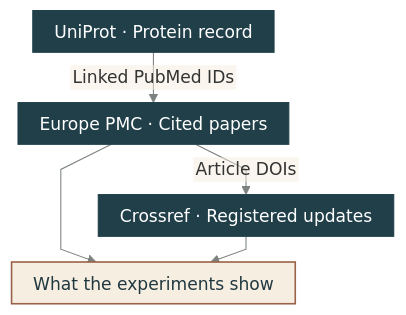
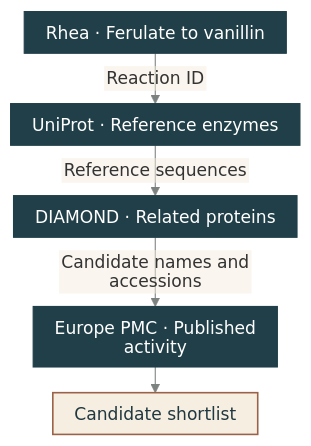
The diagram in README.md (BioSymphony/bioprospector), drawn with Mermaid before and after one commit. The commit also changed other lines of this file and 1 other file, not shown here.

Commit message:
Show enzyme discovery in a vanillin pathway

````diff
--- a/README.md
+++ b/README.md
@@ -41,14 +43,14 @@
 ```mermaid
 %%{init: {"theme":"base","htmlLabels":false,"themeVariables":{"fontFamily":"Arial, sans-serif","fontSize":"16px","lineColor":"#7C827F","edgeLabelBackground":"#F6EEE0","textColor":"#203840"},"flowchart":{"htmlLabels":false,"curve":"linear","rankSpacing":24,"padding":10,"wrappingWidth":244}}}%%
 flowchart TD
-    accTitle: Check whether an enzyme breaks down lactose
-    accDescr: Pass linked PubMed IDs from UniProt to Europe PMC. Pass article DOIs to Crossref to check registered updates. Report whether the cited experiments measured lactose breakdown.
-    record["UniProt · Protein record"] -->|Linked PubMed IDs| papers["Europe PMC · Cited papers"]
-    papers -->|Article DOIs| updates["Crossref · Registered updates"]
-    papers --> review["What the experiments show"]
-    updates --> review
+    accTitle: Find enzyme candidates for the vanillin pathway
+    accDescr: Use the Rhea reaction ID to find UniProt reference enzymes. Search for related proteins with DIAMOND. Use linked papers in Europe PMC to separate experimentally characterized enzymes from sequence matches.
+    reaction["Rhea · Ferulate to vanillin"] -->|Reaction ID| references["UniProt · Reference enzymes"]
+    references -->|Reference sequences| hits["DIAMOND · Related proteins"]
+    hits -->|Candidate names and accessions| evidence["Europe PMC · Published activity"]
+    evidence --> shortlist["Candidate shortlist"]
     classDef lookup fill:#203F49,stroke:#203F49,color:#FFFFFF,stroke-width:1px
     classDef result fill:#F6EEE0,stroke:#9A6248,color:#203840,stroke-width:1.5px
-    class record,papers,updates lookup
-    class review result
+    class reaction,references,hits,evidence lookup
+    class shortlist result
 ```
````
